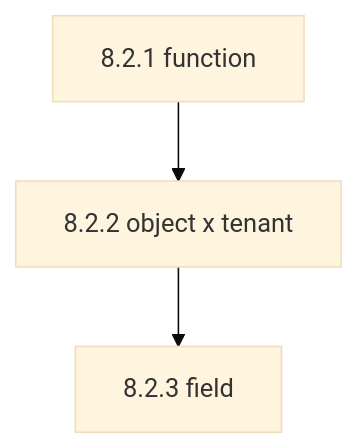
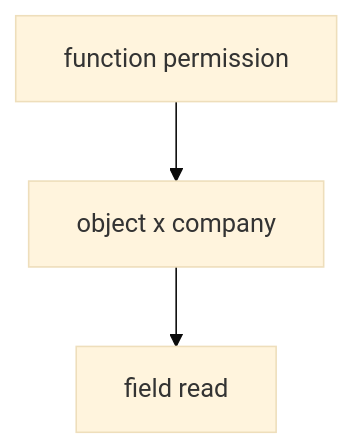
One commit to ishitvagoel/LearnSecurity changed the first of 2 diagrams in content/modules/7/7.2/lessons/02-model.md. Above: the diagram before and after it, drawn with Mermaid (base theme). The commit also changed other lines of this file and 31 other files, not shown here.

````diff
--- a/content/modules/7/7.2/lessons/02-model.md
+++ b/content/modules/7/7.2/lessons/02-model.md
@@ -15,5 +14,5 @@
 ```mermaid
 flowchart TD
-  Fn["8.2.1 function"] --> Obj["8.2.2 object x tenant"]
-  Obj --> Field["8.2.3 field"]
+  Fn["function permission"] --> Obj["object x company"]
+  Obj --> Field["field read"]
 ```
````
